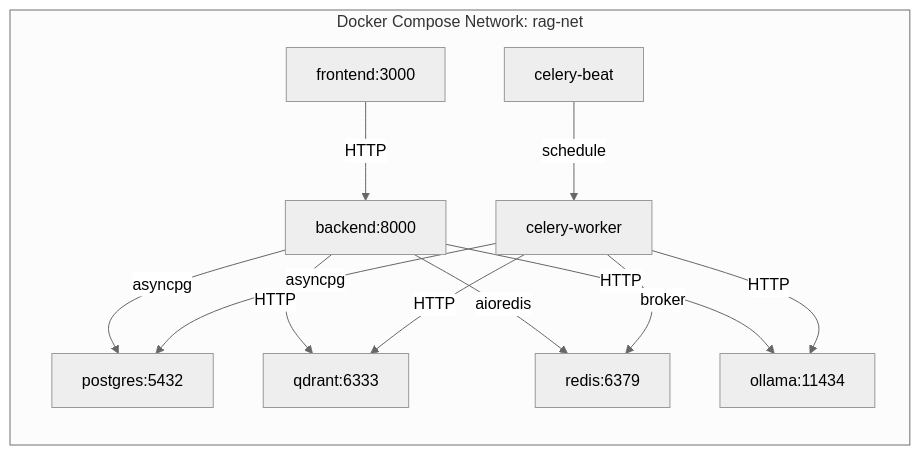
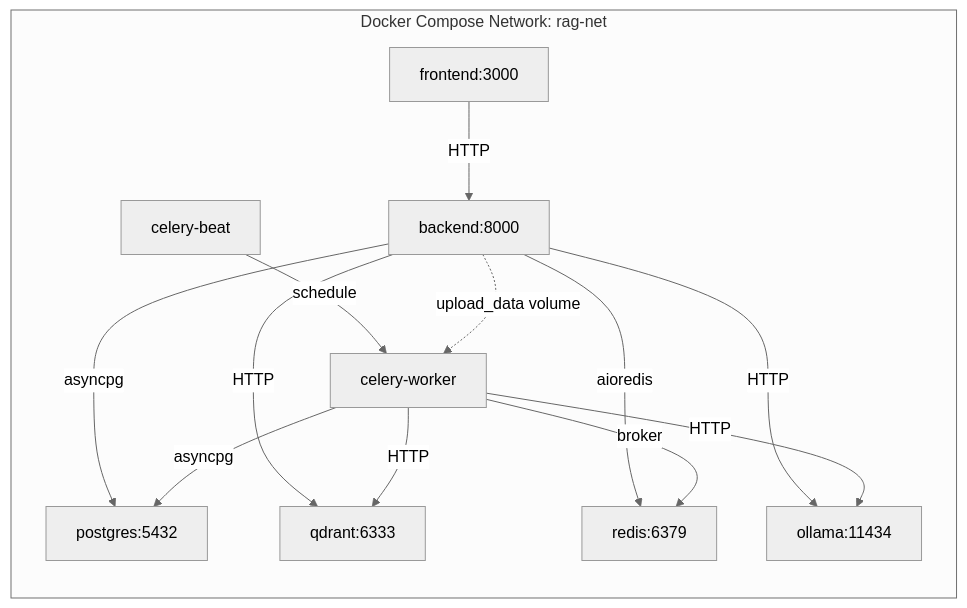
Before and after one commit to vominhnhatquang/MultiAgent_RAG: the second of 3 diagrams in docs/architecture/system-overview.md, drawn with Mermaid (neutral theme). The commit also changed other lines of this file and 3 other files, not shown here.

First line of the commit message:
docs: reconcile architecture docs with deployed system (v1.1)

````diff
--- a/docs/architecture/system-overview.md
+++ b/docs/architecture/system-overview.md
@@ -87,24 +88,25 @@
 ```mermaid
 graph LR
     subgraph DOCKER["Docker Compose Network: rag-net"]
         FE[frontend:3000]
         BE[backend:8000]
         PG[postgres:5432]
         QD[qdrant:6333]
         RD[redis:6379]
         OL[ollama:11434]
         CK[celery-worker]
         CB[celery-beat]
     end
 
     FE -->|HTTP| BE
     BE -->|asyncpg| PG
     BE -->|HTTP| QD
     BE -->|aioredis| RD
     BE -->|HTTP| OL
     CK -->|asyncpg| PG
     CK -->|HTTP| QD
     CK -->|HTTP| OL
     CB -->|schedule| CK
     CK -->|broker| RD
+    BE -.->|upload_data volume| CK
 ```
````
